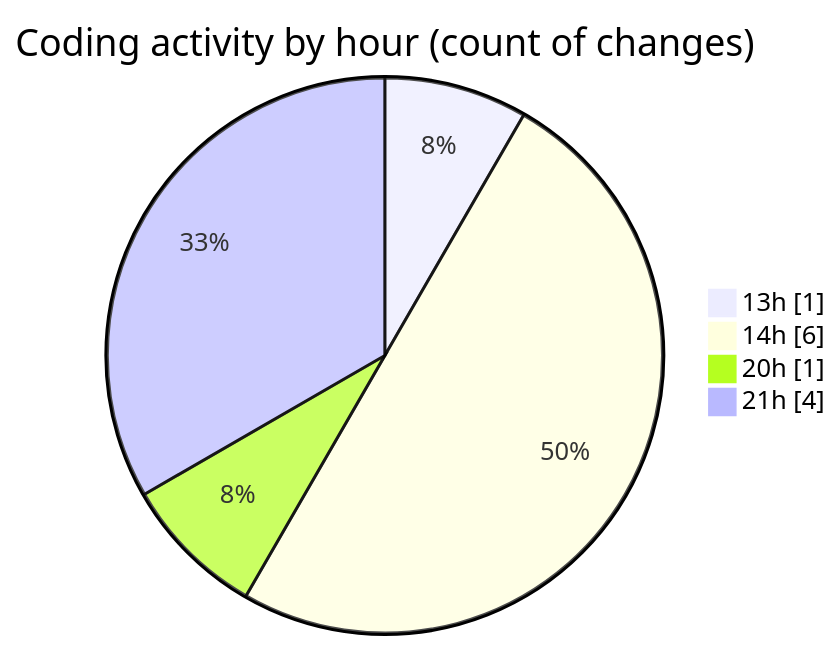
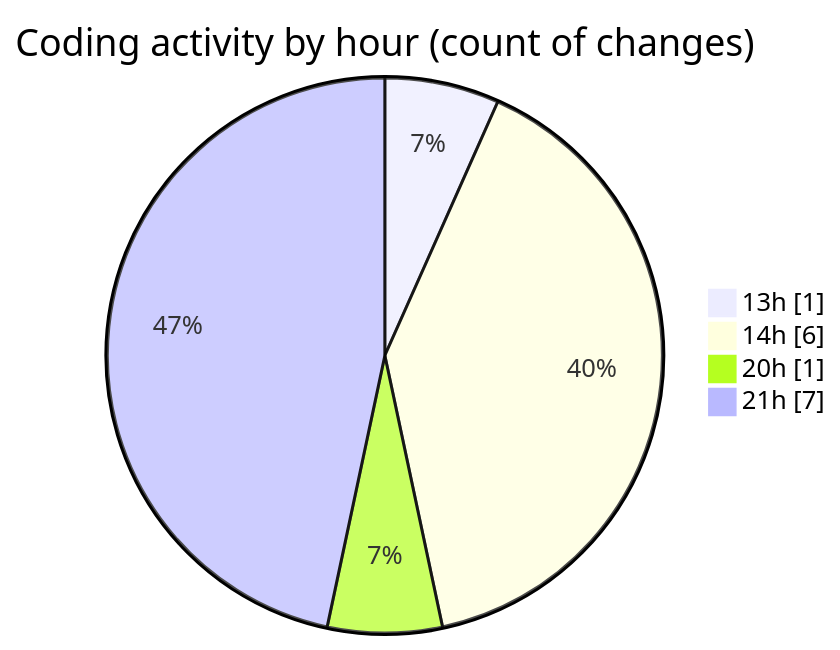
The second of 2 diagrams in 2025-01-08/maps_clone/README.md (donsfak/code-tracking), drawn with Mermaid before and after one commit. The commit also changed other lines of this file and 1 other file, not shown here.

````diff
--- a/2025-01-08/maps_clone/README.md
+++ b/2025-01-08/maps_clone/README.md
@@ -32,8 +33,8 @@
 ```mermaid
 pie showData
 title Coding activity by hour (count of changes)
 "13h" : 1
 "14h" : 6
 "20h" : 1
-"21h" : 4
+"21h" : 7
 ```
````
